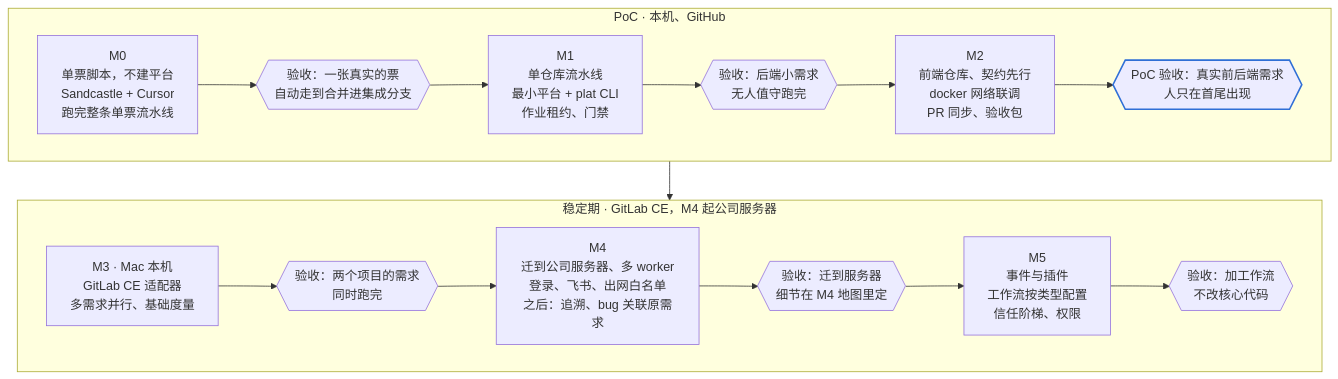
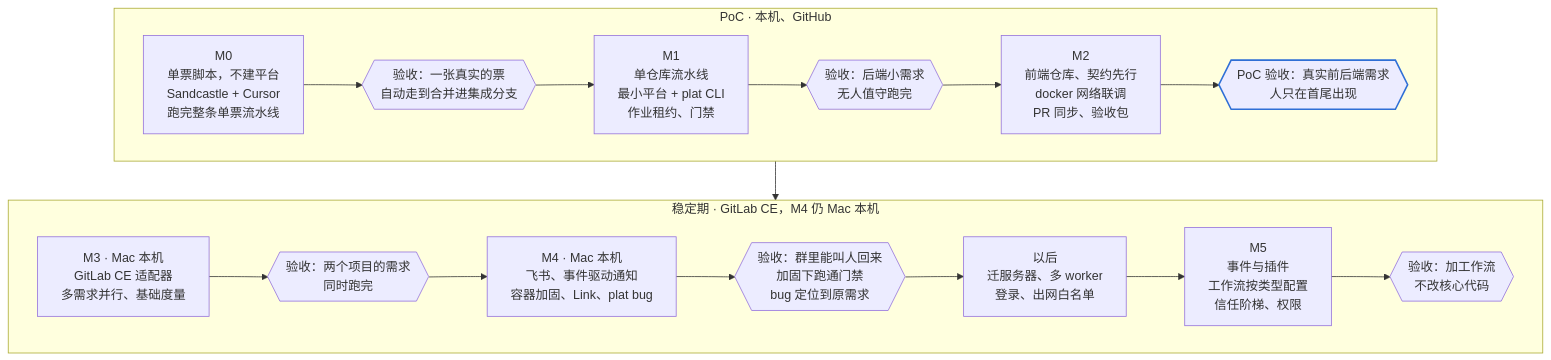
One commit to xxh171015/afk-platform changed diagram 24 of 24 in docs/design.md. Above: the diagram before and after it, drawn with Mermaid. The commit also changed other lines of this file and 1 other file, not shown here.

Commit message:
Update design documentation and enhance worker slot configuration in the setup script. Added a new revision for M4 in design.md and improved the up.sh script to export AFK_SLOTS if set.

````diff
--- a/docs/design.md
+++ b/docs/design.md
@@ -1376,25 +1382,26 @@
 ```mermaid
 flowchart TB
     subgraph POC["PoC · 本机、GitHub"]
         direction LR
         M0["M0<br/>单票脚本，不建平台<br/>Sandcastle + Cursor<br/>跑完整条单票流水线"]
         G0{{"验收：一张真实的票<br/>自动走到合并进集成分支"}}
         M1["M1<br/>单仓库流水线<br/>最小平台 + plat CLI<br/>作业租约、门禁"]
         G1{{"验收：后端小需求<br/>无人值守跑完"}}
         M2["M2<br/>前端仓库、契约先行<br/>docker 网络联调<br/>PR 同步、验收包"]
         G2{{"PoC 验收：真实前后端需求<br/>人只在首尾出现"}}
         M0 --> G0 --> M1 --> G1 --> M2 --> G2
     end
-    subgraph SRV["稳定期 · GitLab CE，M4 起公司服务器"]
+    subgraph SRV["稳定期 · GitLab CE，M4 仍 Mac 本机"]
         direction LR
         M3["M3 · Mac 本机<br/>GitLab CE 适配器<br/>多需求并行、基础度量"]
         G3{{"验收：两个项目的需求<br/>同时跑完"}}
-        M4["M4<br/>迁到公司服务器、多 worker<br/>登录、飞书、出网白名单<br/>之后：追溯、bug 关联原需求"]
-        G4{{"验收：迁到服务器<br/>细节在 M4 地图里定"}}
+        M4["M4 · Mac 本机<br/>飞书、事件驱动通知<br/>容器加固、Link、plat bug"]
+        G4{{"验收：群里能叫人回来<br/>加固下跑通门禁<br/>bug 定位到原需求"}}
+        LATER["以后<br/>迁服务器、多 worker<br/>登录、出网白名单"]
         M5["M5<br/>事件与插件<br/>工作流按类型配置<br/>信任阶梯、权限"]
         G5{{"验收：加工作流<br/>不改核心代码"}}
-        M3 --> G3 --> M4 --> G4 --> M5 --> G5
+        M3 --> G3 --> M4 --> G4 --> LATER --> M5 --> G5
     end
     POC --> SRV
     style G2 stroke:#2f6fd6,stroke-width:2px
 ```
````
